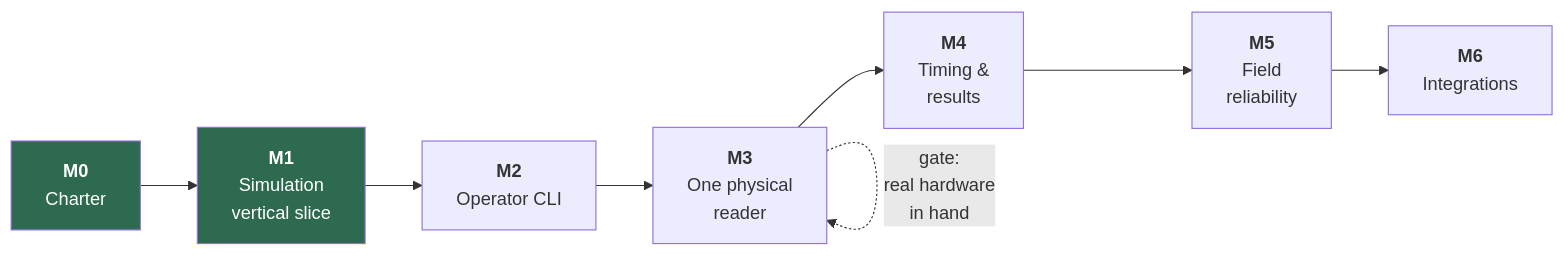
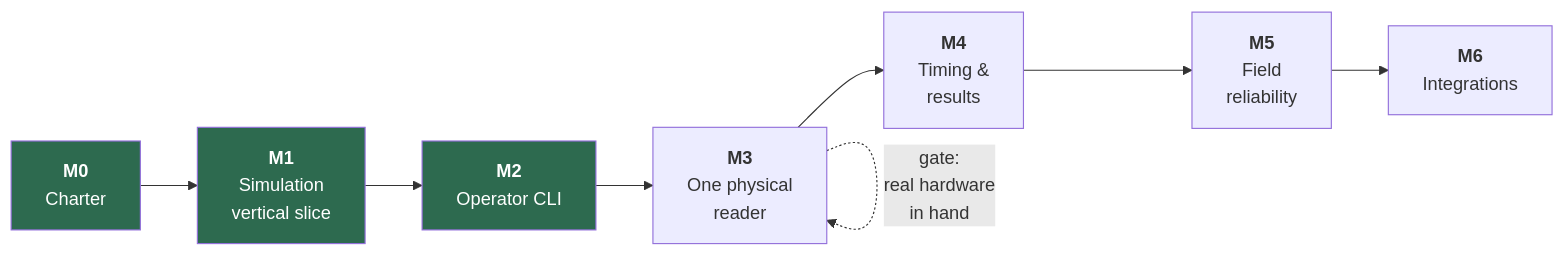
Before and after one commit to truppelli/splitforge: the diagram in docs/roadmap.md, drawn with Mermaid. The commit also changed other lines of this file, not shown here.

````diff
--- a/docs/roadmap.md
+++ b/docs/roadmap.md
@@ -7,13 +7,14 @@
 ```mermaid
 flowchart LR
     M0["<b>M0</b><br/>Charter"] --> M1["<b>M1</b><br/>Simulation<br/>vertical slice"]
     M1 --> M2["<b>M2</b><br/>Operator CLI"]
     M2 --> M3["<b>M3</b><br/>One physical<br/>reader"]
     M3 --> M4["<b>M4</b><br/>Timing &<br/>results"]
     M4 --> M5["<b>M5</b><br/>Field<br/>reliability"]
     M5 --> M6["<b>M6</b><br/>Integrations"]
 
     M3 -.->|"gate:<br/>real hardware<br/>in hand"| M3
     style M0 fill:#2d6a4f,color:#fff
     style M1 fill:#2d6a4f,color:#fff
+    style M2 fill:#2d6a4f,color:#fff
 ```
````
